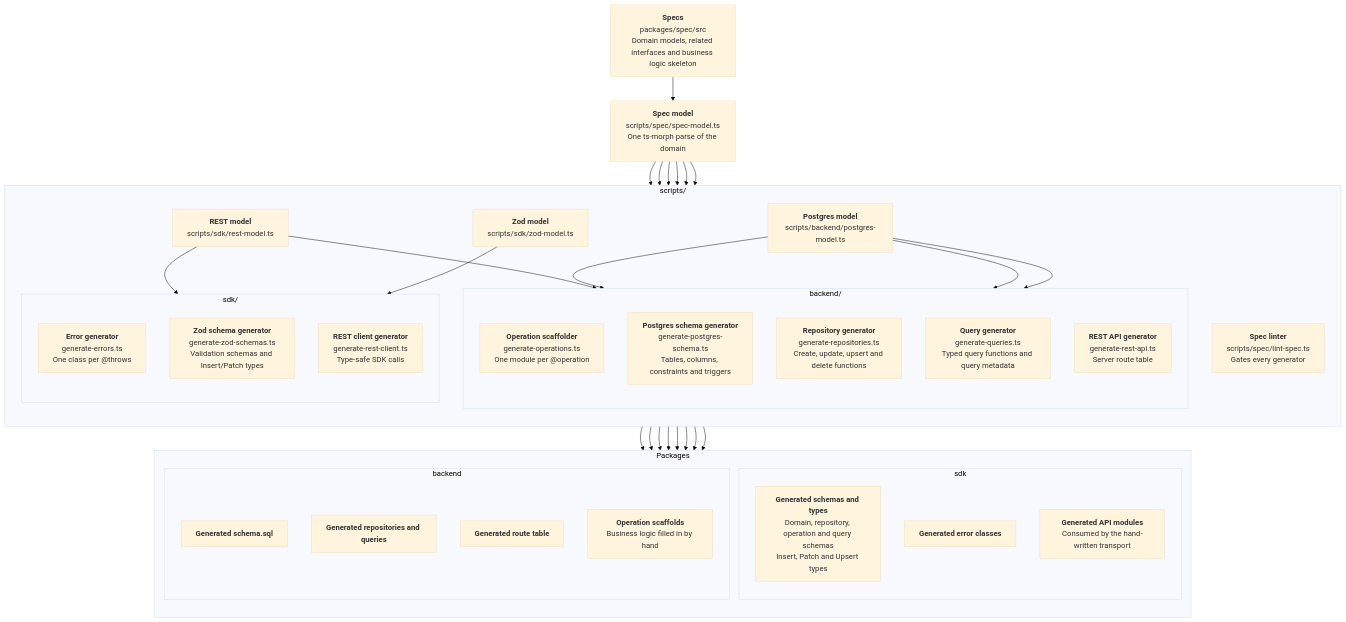
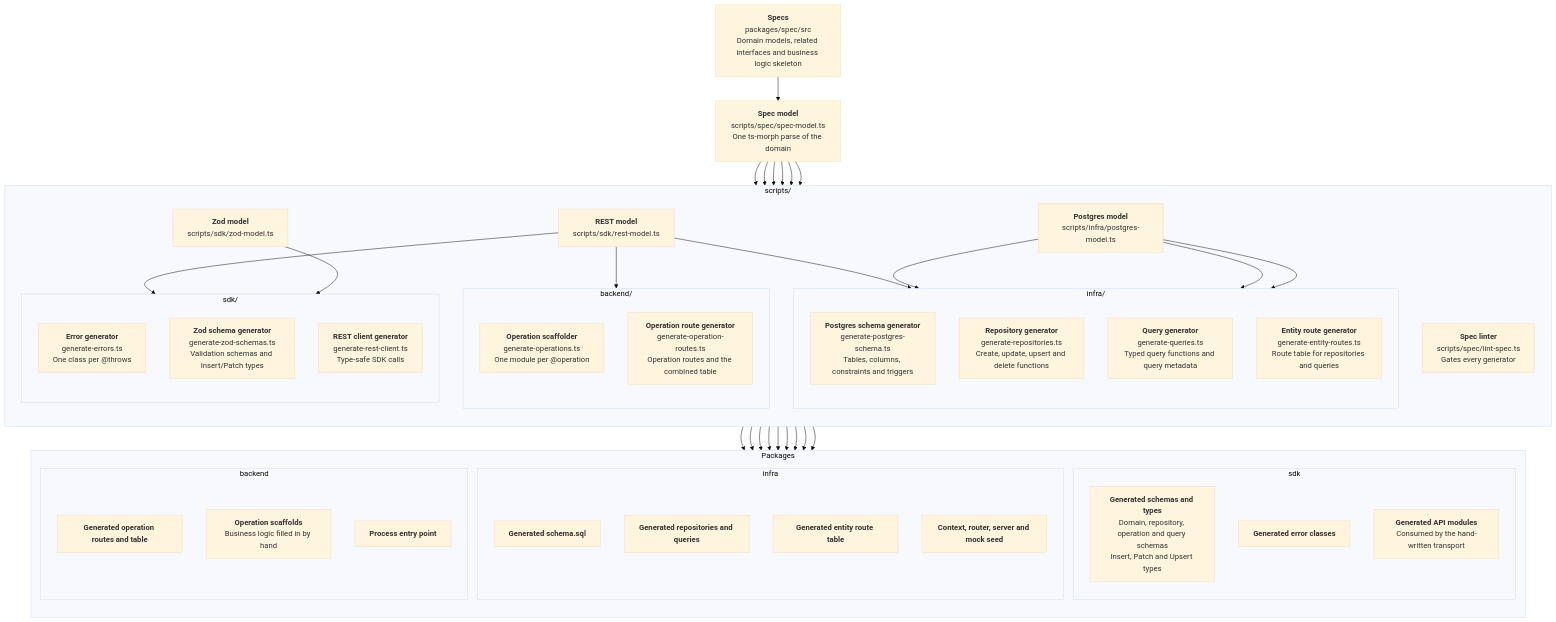
The first of 2 diagrams in README.md (Ciantic/experiment-with-ts-spec), drawn with Mermaid (base theme) before and after one commit. The commit also changed other lines of this file and 118 other files, not shown here.

Commit message:
Refactor: Split backend to separate infra package (2)

````diff
--- a/README.md
+++ b/README.md
@@ -20,68 +20,80 @@
 ```mermaid
 flowchart TD
     specs["<b>Specs</b><br/>packages/spec/src<br/>Domain models, related interfaces and business logic skeleton"]
     specModel["<b>Spec model</b><br/>scripts/spec/spec-model.ts<br/>One ts-morph parse of the domain"]
 
     specs --> specModel
 
     subgraph scripts["scripts/"]
         direction TB
         lint["<b>Spec linter</b><br/>scripts/spec/lint-spec.ts<br/>Gates every generator"]
 
-        pgModel["<b>Postgres model</b><br/>scripts/backend/postgres-model.ts"]
+        pgModel["<b>Postgres model</b><br/>scripts/infra/postgres-model.ts"]
         zodModel["<b>Zod model</b><br/>scripts/sdk/zod-model.ts"]
         restModel["<b>REST model</b><br/>scripts/sdk/rest-model.ts"]
+
+        subgraph infraScripts["infra/"]
+            direction TB
+            pgSchema["<b>Postgres schema generator</b><br/>generate-postgres-schema.ts<br/>Tables, columns, constraints and triggers"]
+            repositories["<b>Repository generator</b><br/>generate-repositories.ts<br/>Create, update, upsert and delete functions"]
+            queries["<b>Query generator</b><br/>generate-queries.ts<br/>Typed query functions and query metadata"]
+            entityRoutes["<b>Entity route generator</b><br/>generate-entity-routes.ts<br/>Route table for repositories and queries"]
+        end
 
         subgraph backendScripts["backend/"]
             direction TB
             operations["<b>Operation scaffolder</b><br/>generate-operations.ts<br/>One module per @operation"]
-            pgSchema["<b>Postgres schema generator</b><br/>generate-postgres-schema.ts<br/>Tables, columns, constraints and triggers"]
-            repositories["<b>Repository generator</b><br/>generate-repositories.ts<br/>Create, update, upsert and delete functions"]
-            queries["<b>Query generator</b><br/>generate-queries.ts<br/>Typed query functions and query metadata"]
-            restApi["<b>REST API generator</b><br/>generate-rest-api.ts<br/>Server route table"]
+            operationRoutes["<b>Operation route generator</b><br/>generate-operation-routes.ts<br/>Operation routes and the combined table"]
         end
 
         subgraph sdkScripts["sdk/"]
             direction TB
             errors["<b>Error generator</b><br/>generate-errors.ts<br/>One class per @throws"]
             validation["<b>Zod schema generator</b><br/>generate-zod-schemas.ts<br/>Validation schemas and Insert/Patch types"]
             restClient["<b>REST client generator</b><br/>generate-rest-client.ts<br/>Type-safe SDK calls"]
         end
     end
 
     subgraph packages["Packages"]
         direction TB
         subgraph sdkPkg["sdk"]
             sdkSchemas["<b>Generated schemas and types</b><br/>Domain, repository, operation and query schemas<br/>Insert, Patch and Upsert types"]
             sdkErrors["<b>Generated error classes</b>"]
             sdkApi["<b>Generated API modules</b><br/>Consumed by the hand-written transport"]
         end
+        subgraph infraPkg["infra"]
+            infraSchema["<b>Generated schema.sql</b>"]
+            infraData["<b>Generated repositories and queries</b>"]
+            infraRoutes["<b>Generated entity route table</b>"]
+            infraRuntime["<b>Context, router, server and mock seed</b>"]
+        end
         subgraph backendPkg["backend"]
-            backendSchema["<b>Generated schema.sql</b>"]
-            backendData["<b>Generated repositories and queries</b>"]
-            backendRoutes["<b>Generated route table</b>"]
+            backendRoutes["<b>Generated operation routes and table</b>"]
             backendOperations["<b>Operation scaffolds</b><br/>Business logic filled in by hand"]
+            backendMain["<b>Process entry point</b>"]
         end
     end
 
     specModel --> lint
     specModel --> pgModel
     specModel --> zodModel
     specModel --> restModel
     specModel --> operations
     specModel --> errors
     pgModel --> pgSchema
     pgModel --> repositories
     pgModel --> queries
     zodModel --> validation
-    restModel --> restApi
+    restModel --> entityRoutes
+    restModel --> operationRoutes
     restModel --> restClient
     errors --> sdkErrors
     validation --> sdkSchemas
     restClient --> sdkApi
-    pgSchema --> backendSchema
-    repositories --> backendData
-    queries --> backendData
-    restApi --> backendRoutes
+    pgSchema --> infraSchema
+    repositories --> infraData
+    queries --> infraData
+    entityRoutes --> infraRoutes
+    operationRoutes --> backendRoutes
     operations --> backendOperations
 ```
````
